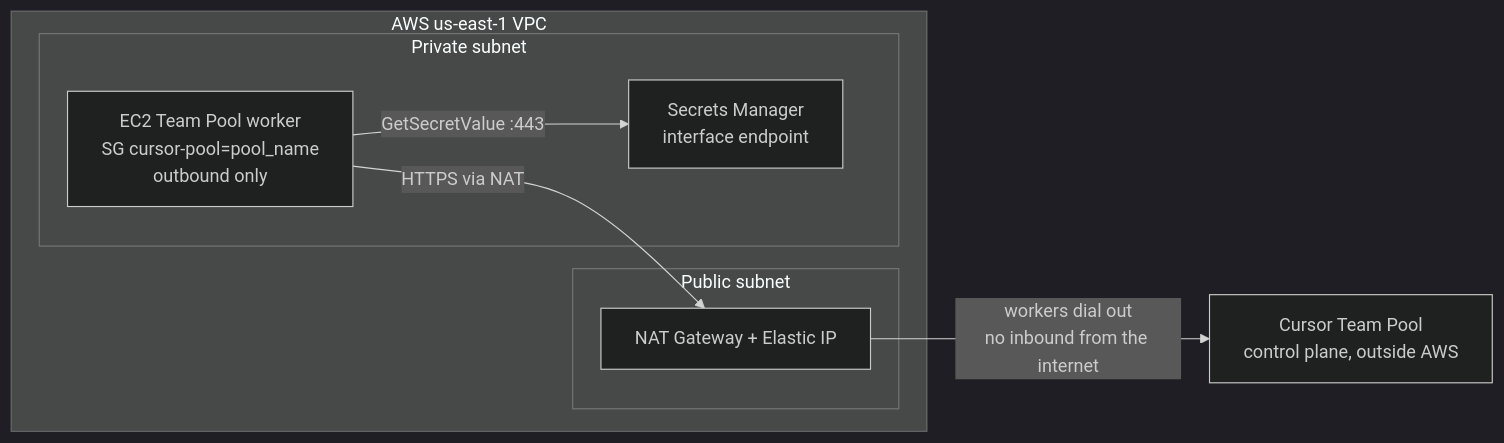
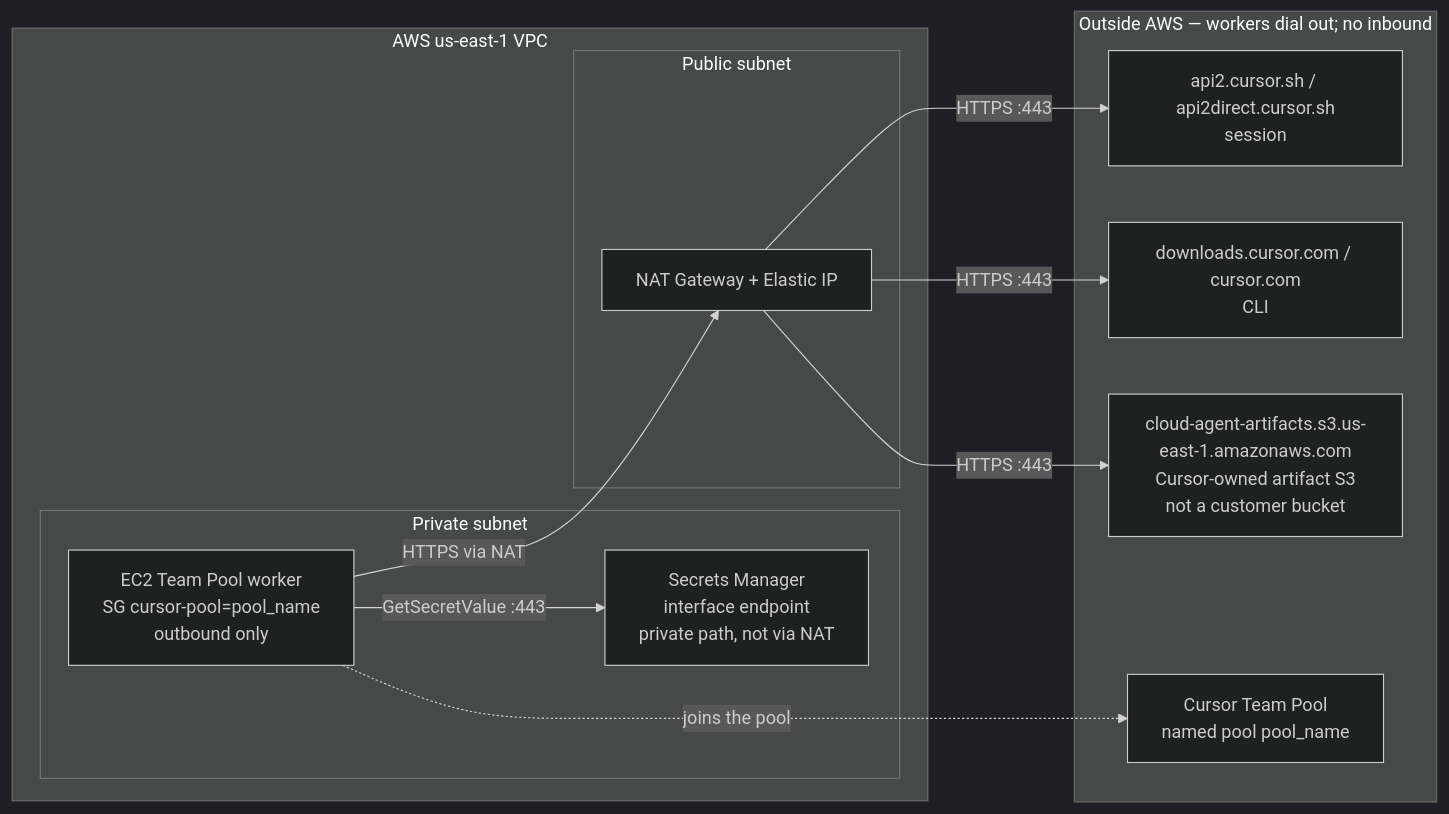
The diagram in README.md (schabiyo-eng/cursor-team-pool), drawn with Mermaid (dark theme) before and after one commit. The commit also changed other lines of this file and 1 other file, not shown here.

Commit message:
Show Cursor artifact S3 on the worker NAT path.
The network diagrams now list session hosts, CLI hosts, and the Cursor-owned artifact bucket as HTTPS via NAT, and keep Secrets Manager on the interface endpoint.

````diff
--- a/README.md
+++ b/README.md
@@ -25,16 +25,26 @@
 ```mermaid
 flowchart LR
   subgraph aws ["AWS us-east-1 VPC"]
     subgraph pub ["Public subnet"]
       nat["NAT Gateway + Elastic IP"]
     end
     subgraph priv ["Private subnet"]
       worker["EC2 Team Pool worker<br/>SG cursor-pool=pool_name<br/>outbound only"]
-      vpce["Secrets Manager<br/>interface endpoint"]
+      vpce["Secrets Manager<br/>interface endpoint<br/>private path, not via NAT"]
     end
   end
-  pool["Cursor Team Pool<br/>control plane, outside AWS"]
+
+  subgraph outside ["Outside AWS — workers dial out; no inbound"]
+    session["api2.cursor.sh / api2direct.cursor.sh<br/>session"]
+    cli["downloads.cursor.com / cursor.com<br/>CLI"]
+    artifacts["cloud-agent-artifacts.s3.us-east-1.amazonaws.com<br/>Cursor-owned artifact S3<br/>not a customer bucket"]
+    pool["Cursor Team Pool<br/>named pool pool_name"]
+  end
+
   worker -->|"GetSecretValue :443"| vpce
   worker -->|"HTTPS via NAT"| nat
-  nat -->|"workers dial out<br/>no inbound from the internet"| pool
+  nat -->|"HTTPS :443"| session
+  nat -->|"HTTPS :443"| cli
+  nat -->|"HTTPS :443"| artifacts
+  worker -.->|"joins the pool"| pool
 ```
````
